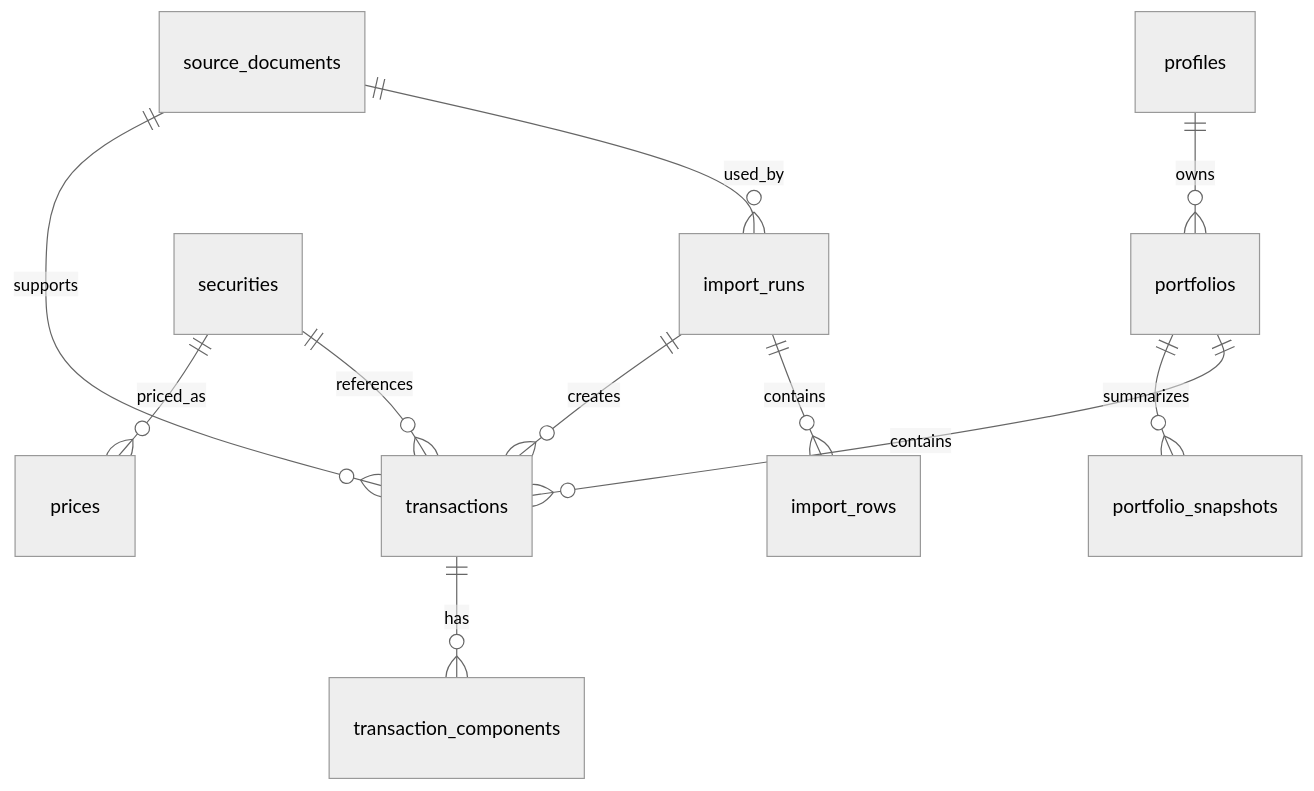
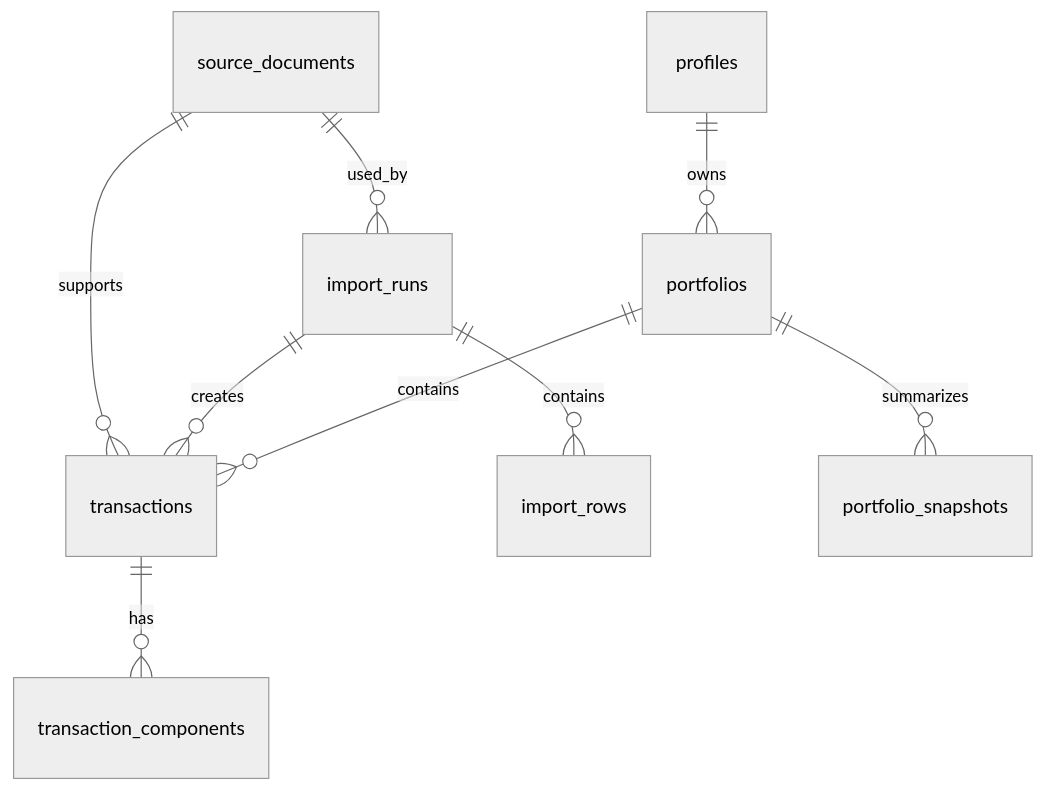
Before and after one commit to juziwe-creates/investment-analyzer: the diagram in docs/database-design.md, drawn with Mermaid (neutral theme). The commit also changed other lines of this file and 15 other files, not shown here.

````diff
--- a/docs/database-design.md
+++ b/docs/database-design.md
@@ -43,13 +43,11 @@
 ```mermaid
 erDiagram
   profiles ||--o{ portfolios : owns
   portfolios ||--o{ transactions : contains
-  securities ||--o{ transactions : references
   transactions ||--o{ transaction_components : has
-  securities ||--o{ prices : priced_as
   import_runs ||--o{ import_rows : contains
   import_runs ||--o{ transactions : creates
   source_documents ||--o{ import_runs : used_by
   source_documents ||--o{ transactions : supports
   portfolios ||--o{ portfolio_snapshots : summarizes
 ```
````
